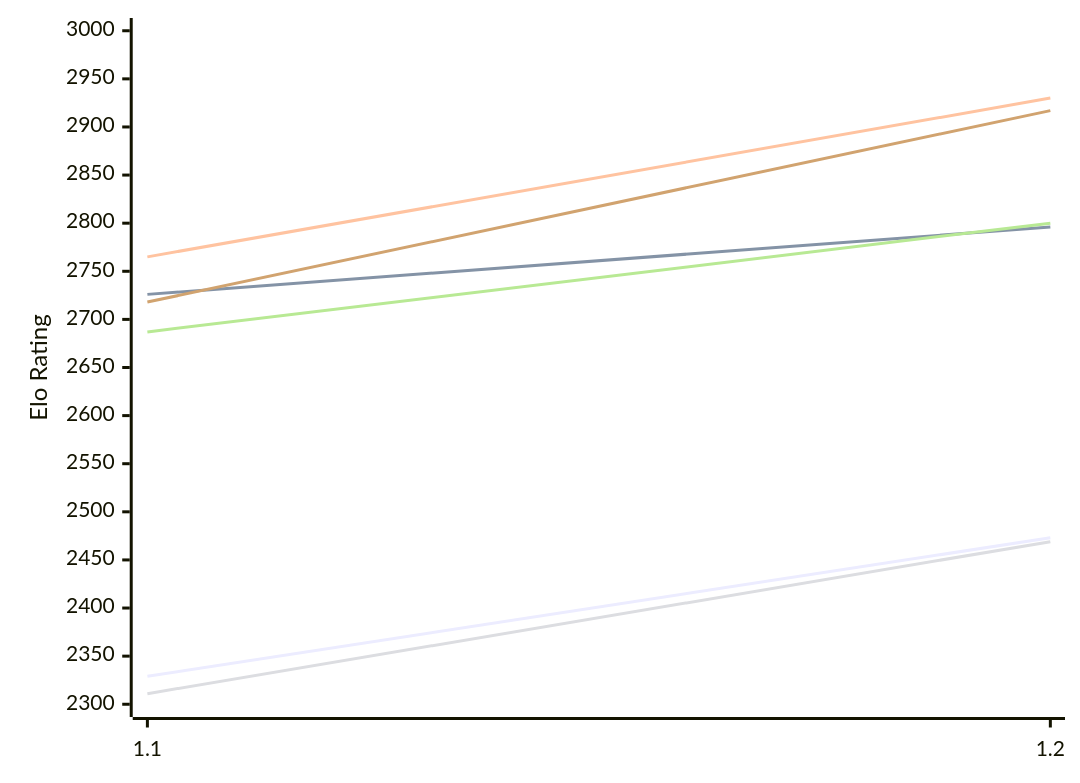
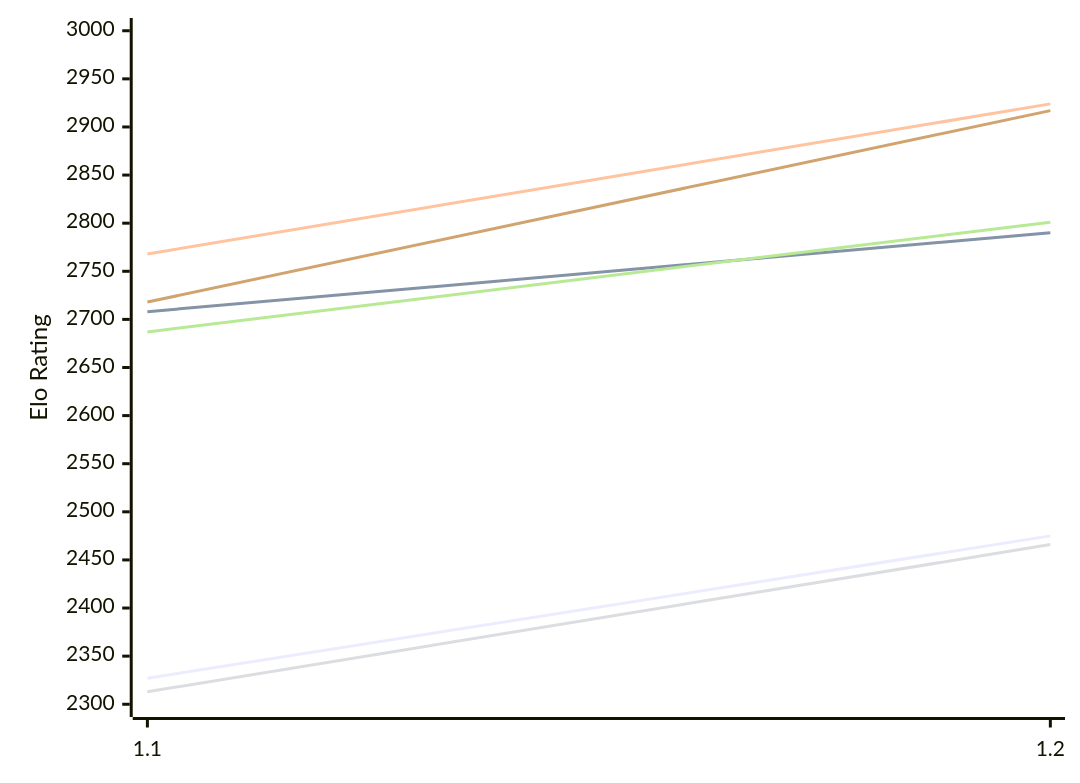
Before and after one commit to computer-chess-index/cci: the first of 2 diagrams in engines/FoxChess.md, drawn with Mermaid. The commit also changed other lines of this file, not shown here.

Commit message:
Update CCI Ratings (ELO VLTC) - 2026-11-26

````diff
--- a/engines/FoxChess.md
+++ b/engines/FoxChess.md
@@ -51,12 +51,12 @@
 ```mermaid
 %%{init: {"theme":"base","themeVariables":{"seriesColors:['#a3a3a3','#222221','#faa371']}}}%%
 xychart-beta
   x-axis ["1.1", "1.2"]
   y-axis "Elo Rating" 2300 --> 3000
-  line "E1: STC (8.0+0.08s)" [2329, 2473]
-  line "E1: LTC (60.0+0.60s)" [2726, 2796]
-  line "E1: VLTC (2m24s+1.12s)" [2765, 2930]
-  line "P1: STC (8.0+0.08s)" [2311, 2469]
-  line "P1: LTC (60.0+0.60s)" [2687, 2800]
+  line "E1: STC (8.0+0.08s)" [2327, 2475]
+  line "E1: LTC (60.0+0.60s)" [2708, 2790]
+  line "E1: VLTC (2m24s+1.12s)" [2768, 2924]
+  line "P1: STC (8.0+0.08s)" [2313, 2466]
+  line "P1: LTC (60.0+0.60s)" [2687, 2801]
   line "P1: VLTC (2m24s+1.12s)" [2718, 2917]
 ```
````
